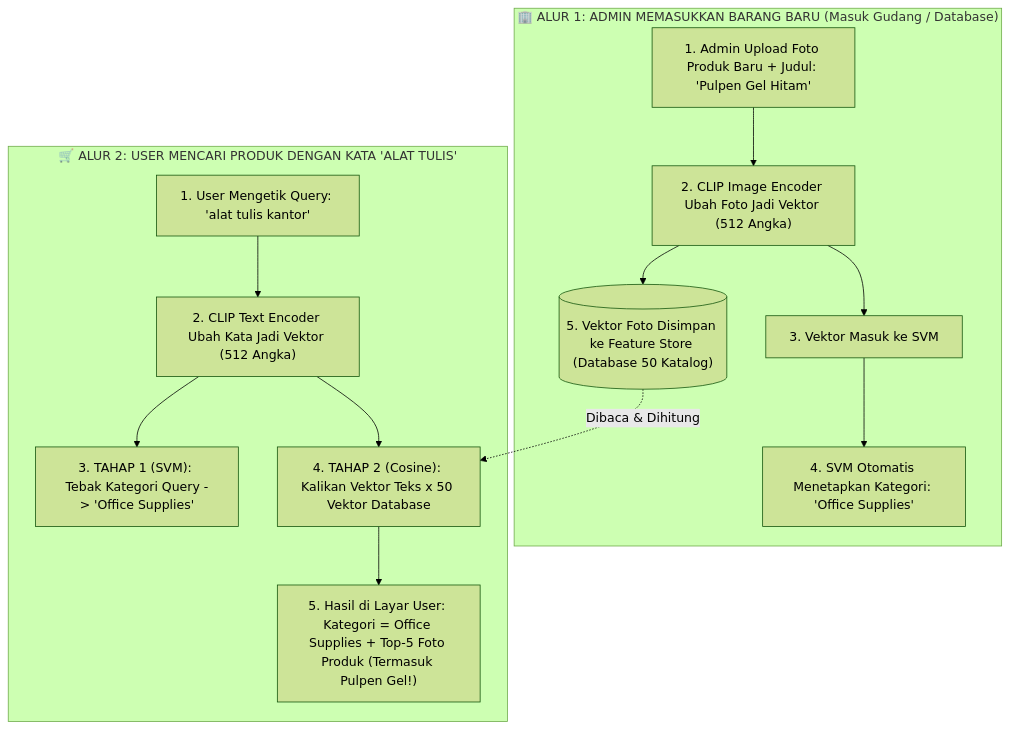
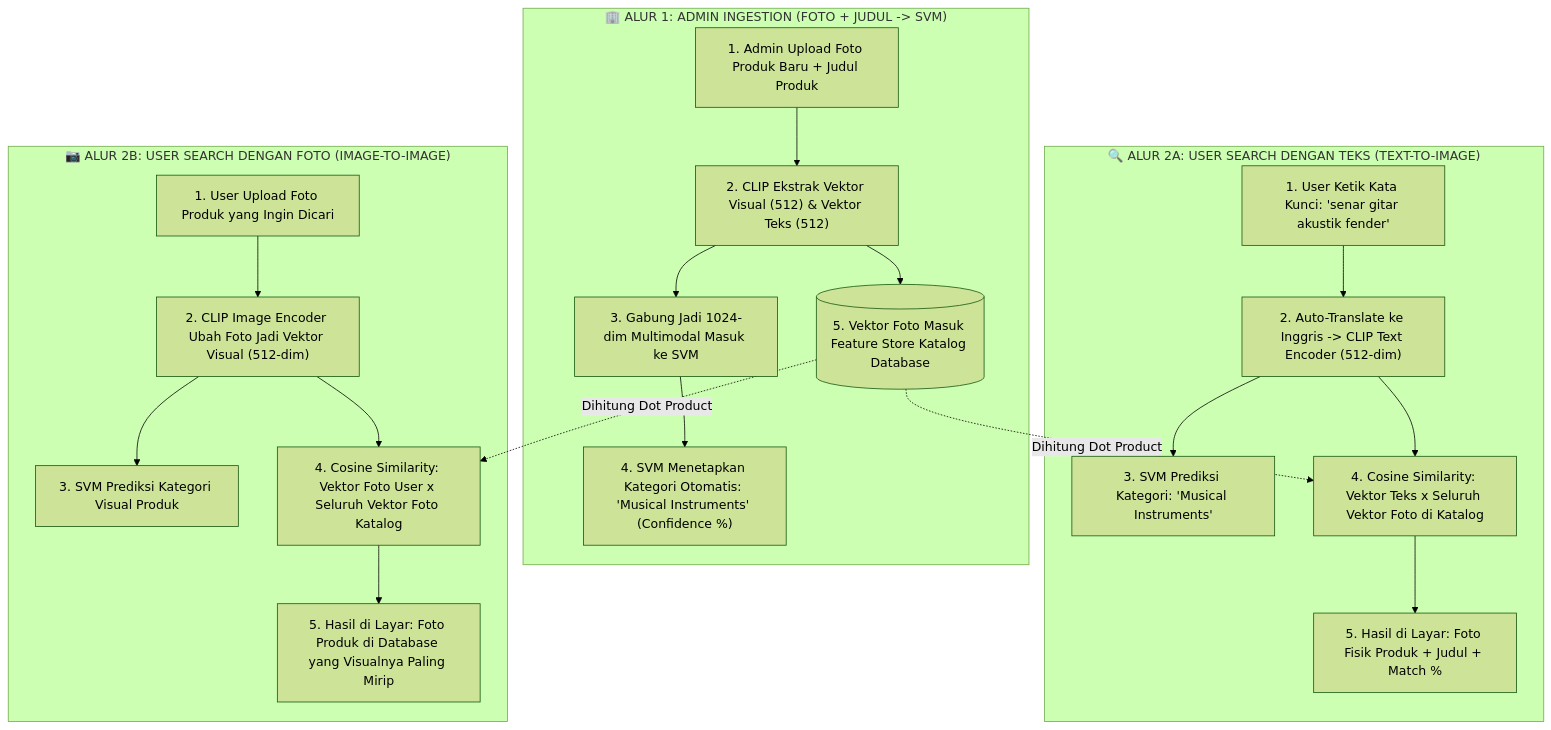
Before and after one commit to chrstnoel/model-clip-svm: the diagram in RANGKUMAN_ARSITEKTUR_CLIP_SVM_DORMIY.md, drawn with Mermaid (forest theme). The commit also changed other lines of this file and 3208 other files, not shown here.

````diff
--- a/RANGKUMAN_ARSITEKTUR_CLIP_SVM_DORMIY.md
+++ b/RANGKUMAN_ARSITEKTUR_CLIP_SVM_DORMIY.md
@@ -104,17 +100,25 @@
 ```mermaid
 flowchart TD
-    subgraph ALUR_1["🏢 ALUR 1: ADMIN MEMASUKKAN BARANG BARU (Masuk Gudang / Database)"]
-        A1["1. Admin Upload Foto Produk Baru + Judul: 'Pulpen Gel Hitam'"] --> B1["2. CLIP Image Encoder Ubah Foto Jadi Vektor (512 Angka)"]
-        B1 --> C1["3. Vektor Masuk ke SVM"]
-        C1 --> D1["4. SVM Otomatis Menetapkan Kategori: 'Office Supplies'"]
-        B1 --> E1[("5. Vektor Foto Disimpan ke Feature Store (Database 50 Katalog)")]
+    subgraph ALUR_1["🏢 ALUR 1: ADMIN INGESTION (FOTO + JUDUL -> SVM)"]
+        A1["1. Admin Upload Foto Produk Baru + Judul Produk"] --> B1["2. CLIP Ekstrak Vektor Visual (512) & Vektor Teks (512)"]
+        B1 --> C1["3. Gabung Jadi 1024-dim Multimodal Masuk ke SVM"]
+        C1 --> D1["4. SVM Menetapkan Kategori Otomatis: 'Musical Instruments' (Confidence %)"]
+        B1 --> E1[("5. Vektor Foto Masuk Feature Store Katalog Database")]
     end
 
-    subgraph ALUR_2["🛒 ALUR 2: USER MENCARI PRODUK DENGAN KATA 'ALAT TULIS'"]
-        A2["1. User Mengetik Query: 'alat tulis kantor'"] --> B2["2. CLIP Text Encoder Ubah Kata Jadi Vektor (512 Angka)"]
-        B2 --> C2["3. TAHAP 1 (SVM): Tebak Kategori Query -> 'Office Supplies'"]
-        B2 --> D2["4. TAHAP 2 (Cosine): Kalikan Vektor Teks x 50 Vektor Database"]
-        E1 -. Dibaca & Dihitung .-> D2
-        D2 --> E2["5. Hasil di Layar User: Kategori = Office Supplies + Top-5 Foto Produk (Termasuk Pulpen Gel!)"]
+    subgraph ALUR_2A["🔍 ALUR 2A: USER SEARCH DENGAN TEKS (TEXT-TO-IMAGE)"]
+        A2["1. User Ketik Kata Kunci: 'senar gitar akustik fender'"] --> B2["2. Auto-Translate ke Inggris -> CLIP Text Encoder (512-dim)"]
+        B2 --> C2["3. SVM Prediksi Kategori: 'Musical Instruments'"]
+        B2 --> D2["4. Cosine Similarity: Vektor Teks x Seluruh Vektor Foto di Katalog"]
+        E1 -. Dihitung Dot Product .-> D2
+        D2 --> E2["5. Hasil di Layar: Foto Fisik Produk + Judul + Match %"]
+    end
+
+    subgraph ALUR_2B["📷 ALUR 2B: USER SEARCH DENGAN FOTO (IMAGE-TO-IMAGE)"]
+        A3["1. User Upload Foto Produk yang Ingin Dicari"] --> B3["2. CLIP Image Encoder Ubah Foto Jadi Vektor Visual (512-dim)"]
+        B3 --> C3["3. SVM Prediksi Kategori Visual Produk"]
+        B3 --> D3["4. Cosine Similarity: Vektor Foto User x Seluruh Vektor Foto Katalog"]
+        E1 -. Dihitung Dot Product .-> D3
+        D3 --> E3["5. Hasil di Layar: Foto Produk di Database yang Visualnya Paling Mirip"]
     end
 ```
````
